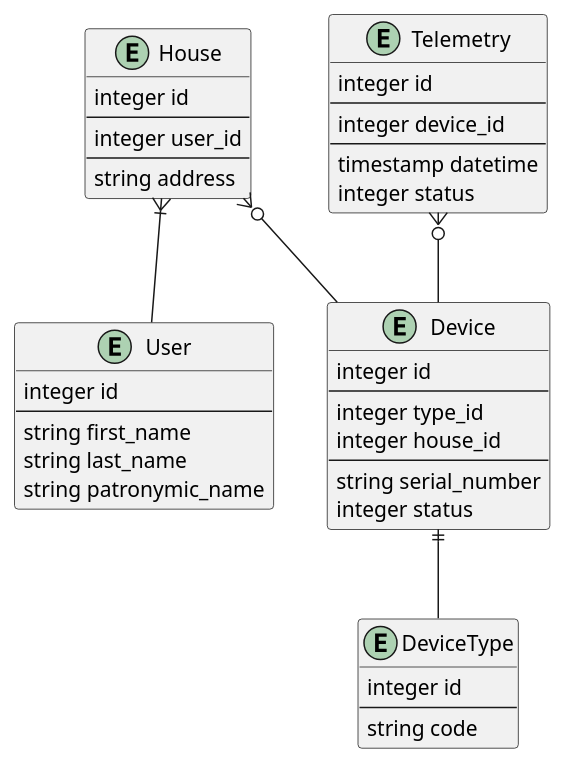
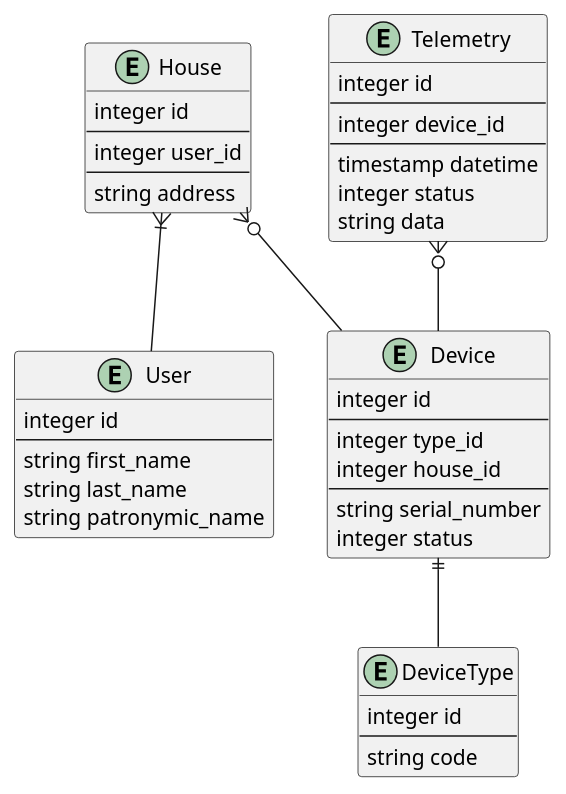
One commit to spblex/architecture-sprint-3 changed the diagram in er.puml. Above: the diagram before and after it, drawn with PlantUML. The commit also changed 6 other files, not shown here.

```diff
--- a/er.puml
+++ b/er.puml
@@ -1,48 +1,49 @@
 @startuml
 
 entity User {
   integer id
   --
   string first_name
   string last_name
   string patronymic_name
 }
 
 entity House {
   integer id
   --
   integer user_id
   --
   string address
 }
 
 entity DeviceType {
   integer id
   --
   string code
 }
 
 entity Device {
   integer id
   --
   integer type_id
   integer house_id
   --
   string serial_number
   integer status
 }
 
 entity Telemetry {
   integer id
   --
   integer device_id
   --
   timestamp datetime
   integer status
+  string data
 }
 
 Telemetry }o-- Device
 House }|-- User
 House }o-- Device
 Device ||-- DeviceType
 @enduml
```
